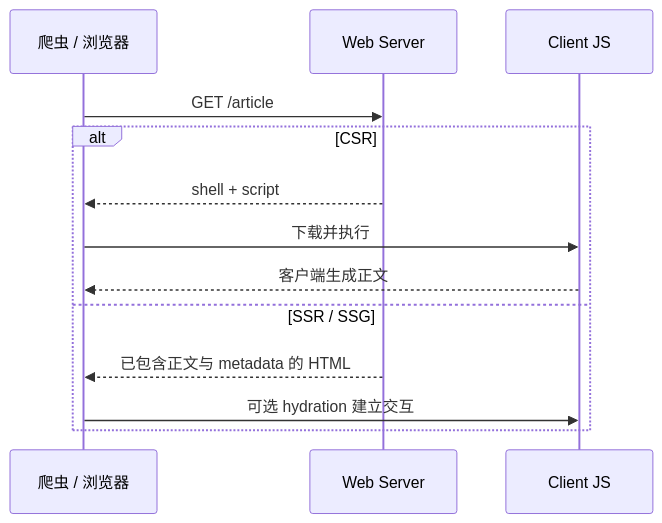
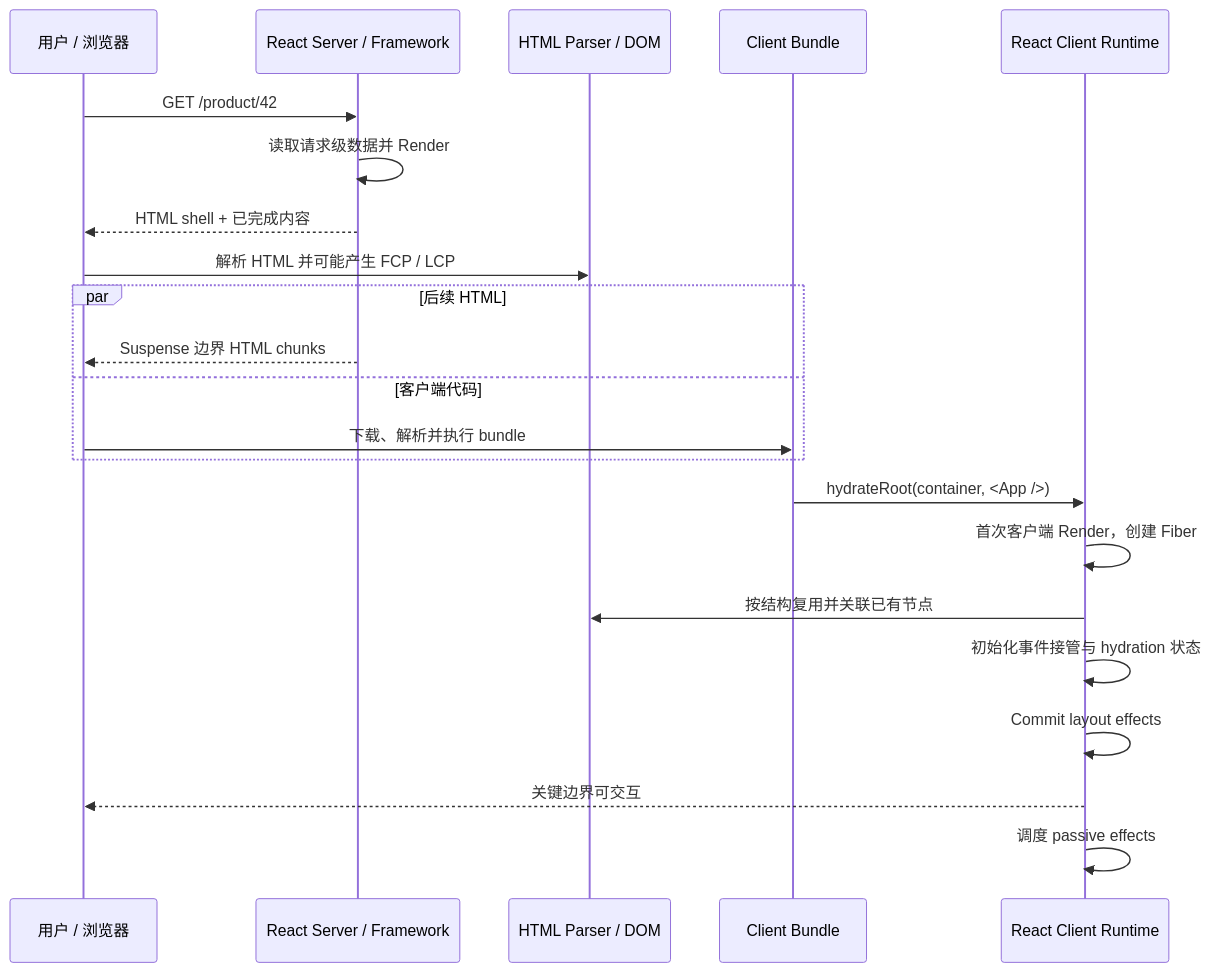
The seventh of 8 diagrams in docs/react-interview/react-performance-and-engineering.md (2530622506/interView-writing-), drawn with Mermaid before and after one commit. The commit also changed other lines of this file and 8 other files, not shown here.

````diff
--- a/docs/react-interview/react-performance-and-engineering.md
+++ b/docs/react-interview/react-performance-and-engineering.md
@@ -445,15 +996,25 @@
 ```mermaid
 sequenceDiagram
-  participant Bot as 爬虫 / 浏览器
-  participant Server as Web Server
-  participant JS as Client JS
-  Bot->>Server: GET /article
-  alt CSR
-    Server-->>Bot: shell + script
-    Bot->>JS: 下载并执行
-    JS-->>Bot: 客户端生成正文
-  else SSR / SSG
-    Server-->>Bot: 已包含正文与 metadata 的 HTML
-    Bot->>JS: 可选 hydration 建立交互
+  participant User as 用户 / 浏览器
+  participant Server as React Server / Framework
+  participant DOM as HTML Parser / DOM
+  participant JS as Client Bundle
+  participant React as React Client Runtime
+
+  User->>Server: GET /product/42
+  Server->>Server: 读取请求级数据并 Render
+  Server-->>User: HTML shell + 已完成内容
+  User->>DOM: 解析 HTML 并可能产生 FCP / LCP
+  par 后续 HTML
+    Server-->>User: Suspense 边界 HTML chunks
+  and 客户端代码
+    User->>JS: 下载、解析并执行 bundle
   end
+  JS->>React: hydrateRoot(container, <App />)
+  React->>React: 首次客户端 Render，创建 Fiber
+  React->>DOM: 按结构复用并关联已有节点
+  React->>React: 初始化事件接管与 hydration 状态
+  React->>React: Commit layout effects
+  React-->>User: 关键边界可交互
+  React->>React: 调度 passive effects
 ```
````
